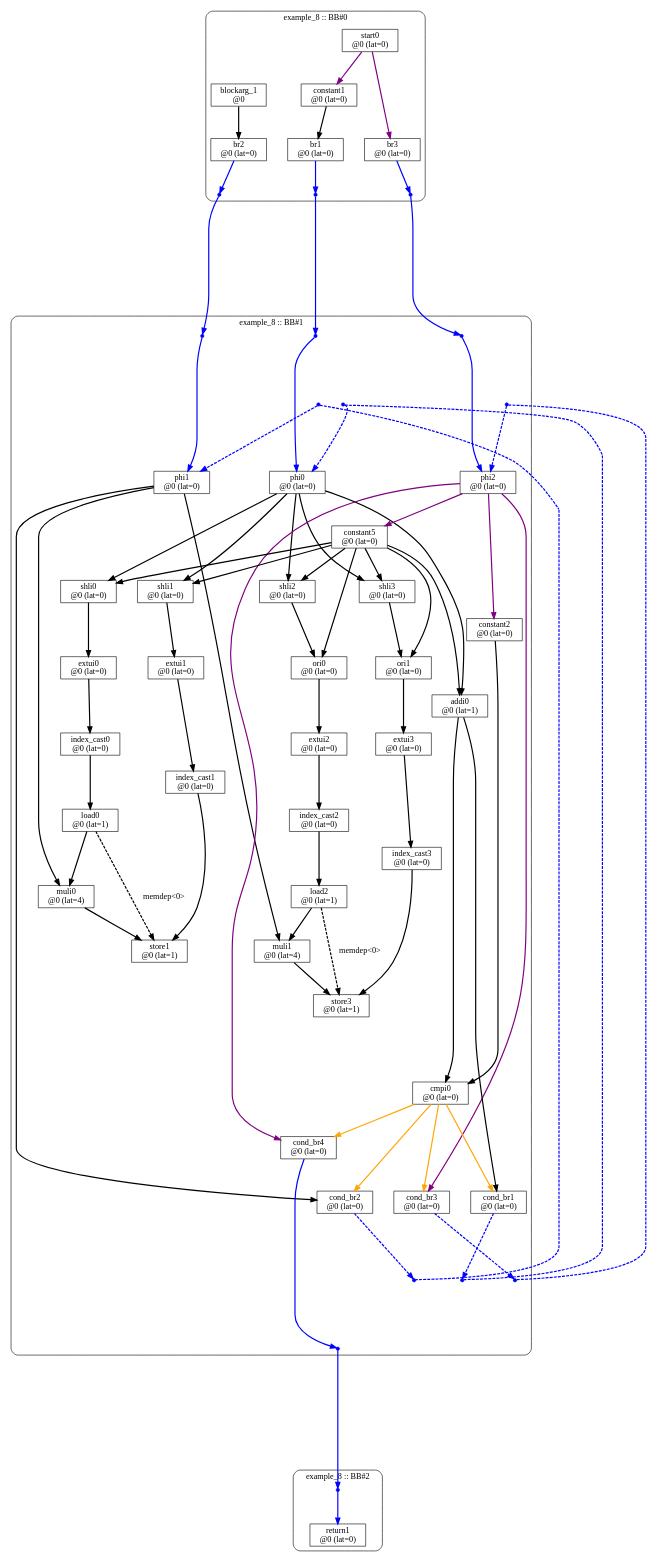
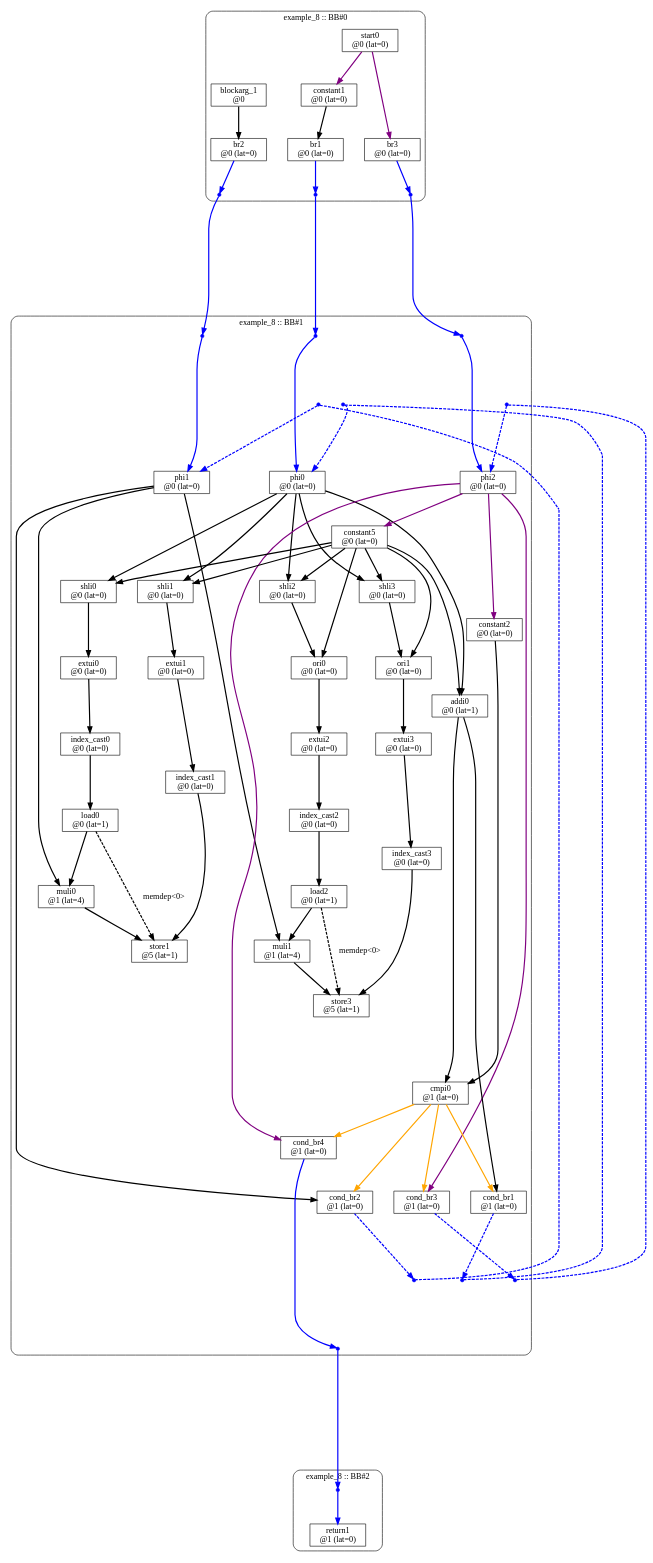
One commit to alecrav/sdc-project1-spring2026 changed the diagram in static-examples/example_8/out/comp/static-scheduling/static-scheduling-asap.dot. Above: the diagram before and after it, drawn with Graphviz. The commit also changed 135 other files, not shown here.

```diff
--- a/static-examples/example_8/out/comp/static-scheduling/static-scheduling-asap.dot
+++ b/static-examples/example_8/out/comp/static-scheduling/static-scheduling-asap.dot
@@ -1,166 +1,166 @@
 digraph ScheduledGraph {
   newrank=true;
   nodesep=0.5;
   ranksep=0.75;
   node [shape=box];
   edge [penwidth=2];
 
   subgraph cluster_example_8_bb0 {
     label="example_8 :: BB#0";
     style=rounded;
 
     blockarg_1 [label="blockarg_1\n@0"];
 
     start0 [label="start0\n@0 (lat=0)"];
     constant1 [label="constant1\n@0 (lat=0)"];
     br1 [label="br1\n@0 (lat=0)"];
     br2 [label="br2\n@0 (lat=0)"];
     br3 [label="br3\n@0 (lat=0)"];
     {rank=same; br1; br2; br3;}
     {rank=max; dot_1 [shape=point, width=0.08, color=blue]; dot_3 [shape=point, width=0.08, color=blue]; dot_5 [shape=point, width=0.08, color=blue];}
 
   }
 
   start0 -> constant1 [color=purple];
   constant1 -> br1;
   blockarg_1 -> br2;
   start0 -> br3 [color=purple];
 
   subgraph cluster_example_8_bb1 {
     label="example_8 :: BB#1";
     style=rounded;
 
     phi0 [label="phi0\n@0 (lat=0)"];
     phi1 [label="phi1\n@0 (lat=0)"];
     phi2 [label="phi2\n@0 (lat=0)"];
     constant2 [label="constant2\n@0 (lat=0)"];
     constant5 [label="constant5\n@0 (lat=0)"];
     shli0 [label="shli0\n@0 (lat=0)"];
     extui0 [label="extui0\n@0 (lat=0)"];
     index_cast0 [label="index_cast0\n@0 (lat=0)"];
     load0 [label="load0\n@0 (lat=1)"];
-    muli0 [label="muli0\n@0 (lat=4)"];
+    muli0 [label="muli0\n@1 (lat=4)"];
     shli1 [label="shli1\n@0 (lat=0)"];
     extui1 [label="extui1\n@0 (lat=0)"];
     index_cast1 [label="index_cast1\n@0 (lat=0)"];
-    store1 [label="store1\n@0 (lat=1)"];
+    store1 [label="store1\n@5 (lat=1)"];
     shli2 [label="shli2\n@0 (lat=0)"];
     ori0 [label="ori0\n@0 (lat=0)"];
     extui2 [label="extui2\n@0 (lat=0)"];
     index_cast2 [label="index_cast2\n@0 (lat=0)"];
     load2 [label="load2\n@0 (lat=1)"];
-    muli1 [label="muli1\n@0 (lat=4)"];
+    muli1 [label="muli1\n@1 (lat=4)"];
     shli3 [label="shli3\n@0 (lat=0)"];
     ori1 [label="ori1\n@0 (lat=0)"];
     extui3 [label="extui3\n@0 (lat=0)"];
     index_cast3 [label="index_cast3\n@0 (lat=0)"];
-    store3 [label="store3\n@0 (lat=1)"];
+    store3 [label="store3\n@5 (lat=1)"];
     addi0 [label="addi0\n@0 (lat=1)"];
-    cmpi0 [label="cmpi0\n@0 (lat=0)"];
-    cond_br1 [label="cond_br1\n@0 (lat=0)"];
-    cond_br2 [label="cond_br2\n@0 (lat=0)"];
-    cond_br3 [label="cond_br3\n@0 (lat=0)"];
-    cond_br4 [label="cond_br4\n@0 (lat=0)"];
+    cmpi0 [label="cmpi0\n@1 (lat=0)"];
+    cond_br1 [label="cond_br1\n@1 (lat=0)"];
+    cond_br2 [label="cond_br2\n@1 (lat=0)"];
+    cond_br3 [label="cond_br3\n@1 (lat=0)"];
+    cond_br4 [label="cond_br4\n@1 (lat=0)"];
     {rank=min; dot_0 [shape=point, width=0.08, color=blue]; dot_2 [shape=point, width=0.08, color=blue]; dot_4 [shape=point, width=0.08, color=blue];}
     {rank=same; dot_8 [shape=point, width=0.08, color=blue]; dot_11 [shape=point, width=0.08, color=blue]; dot_14 [shape=point, width=0.08, color=blue];}
     dot_0 -> dot_8 [style=invis, minlen=2];
     {rank=same; phi0; phi1; phi2;}
     dot_8 -> phi0 [style=invis, minlen=2];
     {rank=same; cond_br4;}
     {rank=same; cond_br1; cond_br2; cond_br3;}
     store1 -> cond_br4 [style=invis, minlen=3];
     store3 -> cond_br4 [style=invis, minlen=3];
     cond_br4 -> cond_br3 [style=invis];
     cond_br3 -> dot_9 [style=invis, minlen=2];
     {rank=same; dot_9 [shape=point, width=0.08, color=blue]; dot_12 [shape=point, width=0.08, color=blue]; dot_15 [shape=point, width=0.08, color=blue];}
     {rank=max; dot_7 [shape=point, width=0.08, color=blue];}
     dot_9 -> dot_7 [style=invis, minlen=2];
 
   }
 
   phi2 -> constant2 [color=purple];
   phi2 -> constant5 [color=purple];
   phi0 -> shli0;
   constant5 -> shli0;
   shli0 -> extui0;
   extui0 -> index_cast0;
   index_cast0 -> load0;
   load0 -> muli0;
   phi1 -> muli0;
   phi0 -> shli1;
   constant5 -> shli1;
   shli1 -> extui1;
   extui1 -> index_cast1;
   muli0 -> store1;
   index_cast1 -> store1;
   phi0 -> shli2;
   constant5 -> shli2;
   shli2 -> ori0;
   constant5 -> ori0;
   ori0 -> extui2;
   extui2 -> index_cast2;
   index_cast2 -> load2;
   load2 -> muli1;
   phi1 -> muli1;
   phi0 -> shli3;
   constant5 -> shli3;
   shli3 -> ori1;
   constant5 -> ori1;
   ori1 -> extui3;
   extui3 -> index_cast3;
   muli1 -> store3;
   index_cast3 -> store3;
   phi0 -> addi0;
   constant5 -> addi0;
   addi0 -> cmpi0;
   constant2 -> cmpi0;
   cmpi0 -> cond_br1 [color=orange];
   addi0 -> cond_br1;
   cmpi0 -> cond_br2 [color=orange];
   phi1 -> cond_br2;
   cmpi0 -> cond_br3 [color=orange];
   phi2 -> cond_br3 [color=purple];
   cmpi0 -> cond_br4 [color=orange];
   phi2 -> cond_br4 [color=purple];
   load0 -> store1 [label="memdep<0>", style=dashed];
   load2 -> store3 [label="memdep<0>", style=dashed];
 
   subgraph cluster_example_8_bb2 {
     label="example_8 :: BB#2";
     style=rounded;
 
-    return1 [label="return1\n@0 (lat=0)"];
+    return1 [label="return1\n@1 (lat=0)"];
     {rank=min; dot_6 [shape=point, width=0.08, color=blue];}
 
   }
 
 
   dot_10 [shape=point, width=0, height=0, style=invis];
   dot_13 [shape=point, width=0, height=0, style=invis];
   dot_16 [shape=point, width=0, height=0, style=invis];
   br1 -> dot_1 [color=blue];
   dot_1 -> dot_0 [color=blue, minlen=4];
   dot_0 -> phi0 [color=blue];
   br2 -> dot_3 [color=blue];
   dot_3 -> dot_2 [color=blue, minlen=4];
   dot_2 -> phi1 [color=blue];
   br3 -> dot_5 [color=blue];
   dot_5 -> dot_4 [color=blue, minlen=4];
   dot_4 -> phi2 [color=blue];
   cond_br4 -> dot_7 [color=blue];
   dot_7 -> dot_6 [color=blue, minlen=4];
   dot_6 -> return1 [color=blue];
   cond_br1 -> dot_9 [color=blue, style=dashed];
   dot_10 -> dot_9 [color=blue, style=dashed, arrowhead=none];
   dot_8 -> dot_10 [color=blue, style=dashed, arrowhead=none];
   dot_8 -> phi0 [color=blue, style=dashed];
   cond_br2 -> dot_12 [color=blue, style=dashed];
   dot_13 -> dot_12 [color=blue, style=dashed, arrowhead=none];
   dot_11 -> dot_13 [color=blue, style=dashed, arrowhead=none];
   dot_11 -> phi1 [color=blue, style=dashed];
   cond_br3 -> dot_15 [color=blue, style=dashed];
   dot_16 -> dot_15 [color=blue, style=dashed, arrowhead=none];
   dot_14 -> dot_16 [color=blue, style=dashed, arrowhead=none];
   dot_14 -> phi2 [color=blue, style=dashed];
 
 }
```
